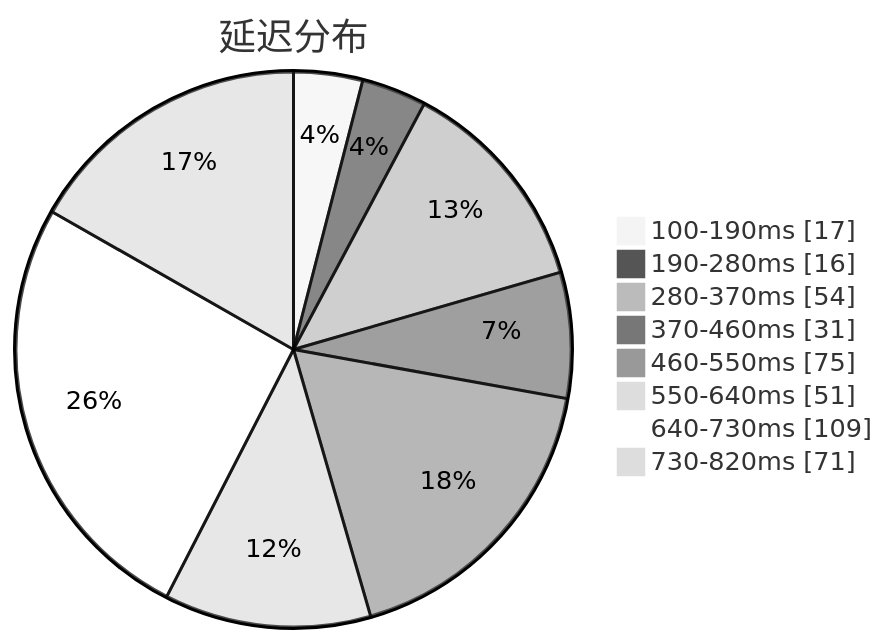
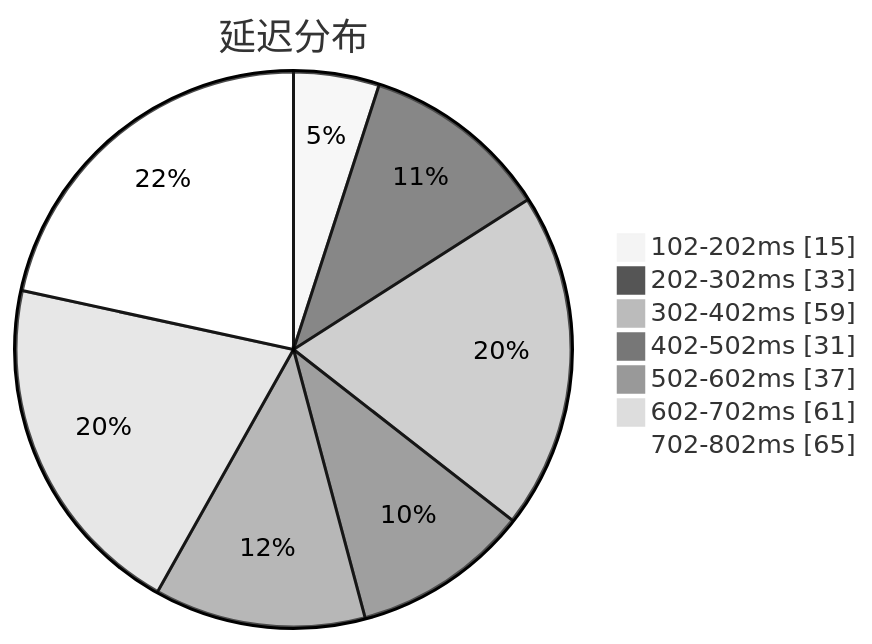
The first of 3 diagrams in subs/statistics/tested_within.md (sinspired/airport), drawn with Mermaid (neutral theme) before and after one commit. The commit also changed other lines of this file and 2 other files, not shown here.

````diff
--- a/subs/statistics/tested_within.md
+++ b/subs/statistics/tested_within.md
@@ -2,12 +2,11 @@
 ```mermaid
 pie showData
 title 延迟分布
-"100-190ms" : 17
-"190-280ms" : 16
-"280-370ms" : 54
-"370-460ms" : 31
-"460-550ms" : 75
-"550-640ms" : 51
-"640-730ms" : 109
-"730-820ms" : 71
+"102-202ms" : 15
+"202-302ms" : 33
+"302-402ms" : 59
+"402-502ms" : 31
+"502-602ms" : 37
+"602-702ms" : 61
+"702-802ms" : 65
 ```
````
